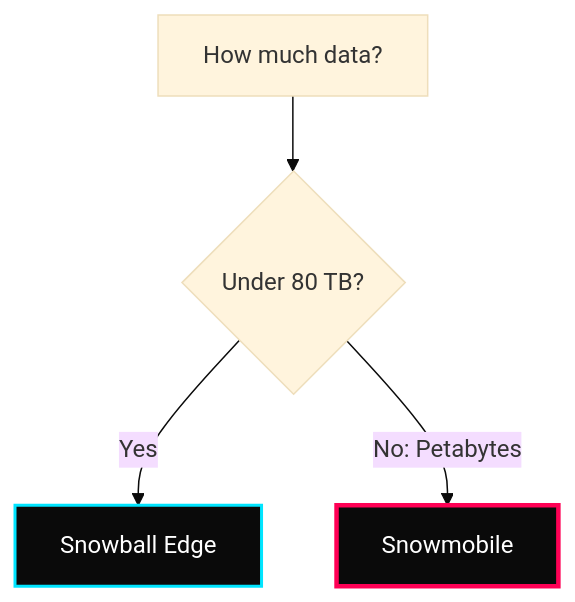
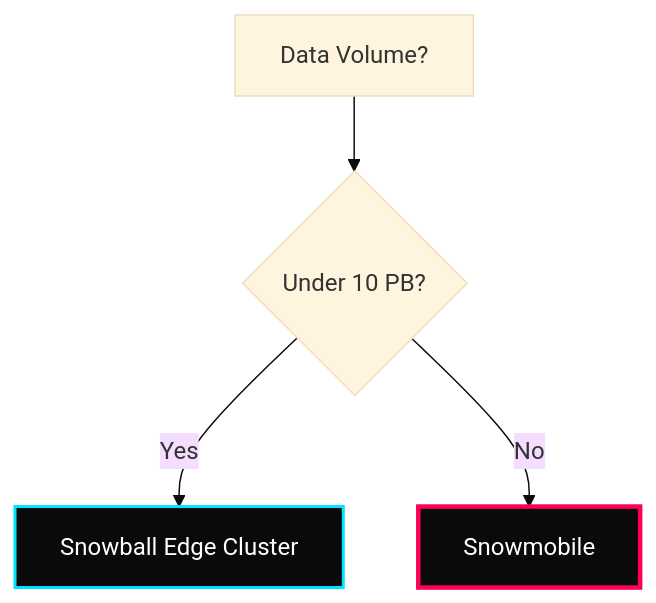
The diagram in Week-13-AWS-Messaging-and-Containers/Storage-and-Migration/notes.md (hridyen/DevOps-Survival-Roadmap), drawn with Mermaid (base theme) before and after one commit. The commit also changed other lines of this file and 10 other files, not shown here.

````diff
--- a/Week-13-AWS-Messaging-and-Containers/Storage-and-Migration/notes.md
+++ b/Week-13-AWS-Messaging-and-Containers/Storage-and-Migration/notes.md
@@ -24,9 +30,9 @@
 ```mermaid
 graph TD
     classDef snow fill:#0A0A0A,stroke:#00E5FF,stroke-width:2px,color:#FFFFFF;
     classDef mobile fill:#0A0A0A,stroke:#FF0055,stroke-width:3px,color:#FFFFFF;
 
-    A[How much data?] --> B{Under 80 TB?}
-    B -- "Yes" --> S[Snowball Edge]:::snow
-    B -- "No: Petabytes" --> M[Snowmobile]:::mobile
+    A[Data Volume?] --> B{Under 10 PB?}
+    B -- "Yes" --> S[Snowball Edge Cluster]:::snow
+    B -- "No" --> M[Snowmobile]:::mobile
 ```
````
